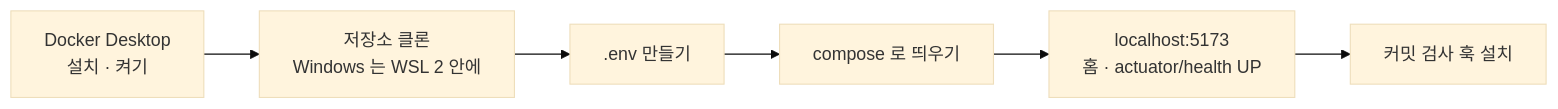
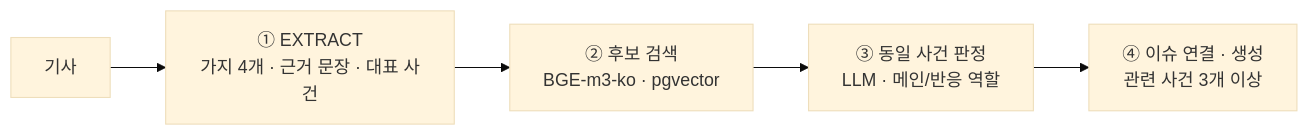
The second of 2 diagrams in README.md (a102-NEWLEARN/NEW-LEARN), drawn with Mermaid (base theme) before and after one commit. The commit also changed other lines of this file and 9 other files, not shown here.

````diff
--- a/README.md
+++ b/README.md
@@ -16,8 +94,7 @@
 ```mermaid
 flowchart LR
-  A["Docker Desktop<br/>설치 · 켜기"] --> B["저장소 클론<br/>Windows 는 WSL 2 안에"]
-  B --> C[".env 만들기"]
-  C --> D["compose 로 띄우기"]
-  D --> E["localhost:5173<br/>홈 · actuator/health UP"]
-  E --> F["커밋 검사 훅 설치"]
+  A["기사"] --> E["① EXTRACT<br/>가지 4개 · 근거 문장 · 대표 사건"]
+  E --> M["② 후보 검색<br/>BGE-m3-ko · pgvector"]
+  M --> J["③ 동일 사건 판정<br/>LLM · 메인/반응 역할"]
+  J --> I["④ 이슈 연결 · 생성<br/>관련 사건 3개 이상"]
 ```
````
